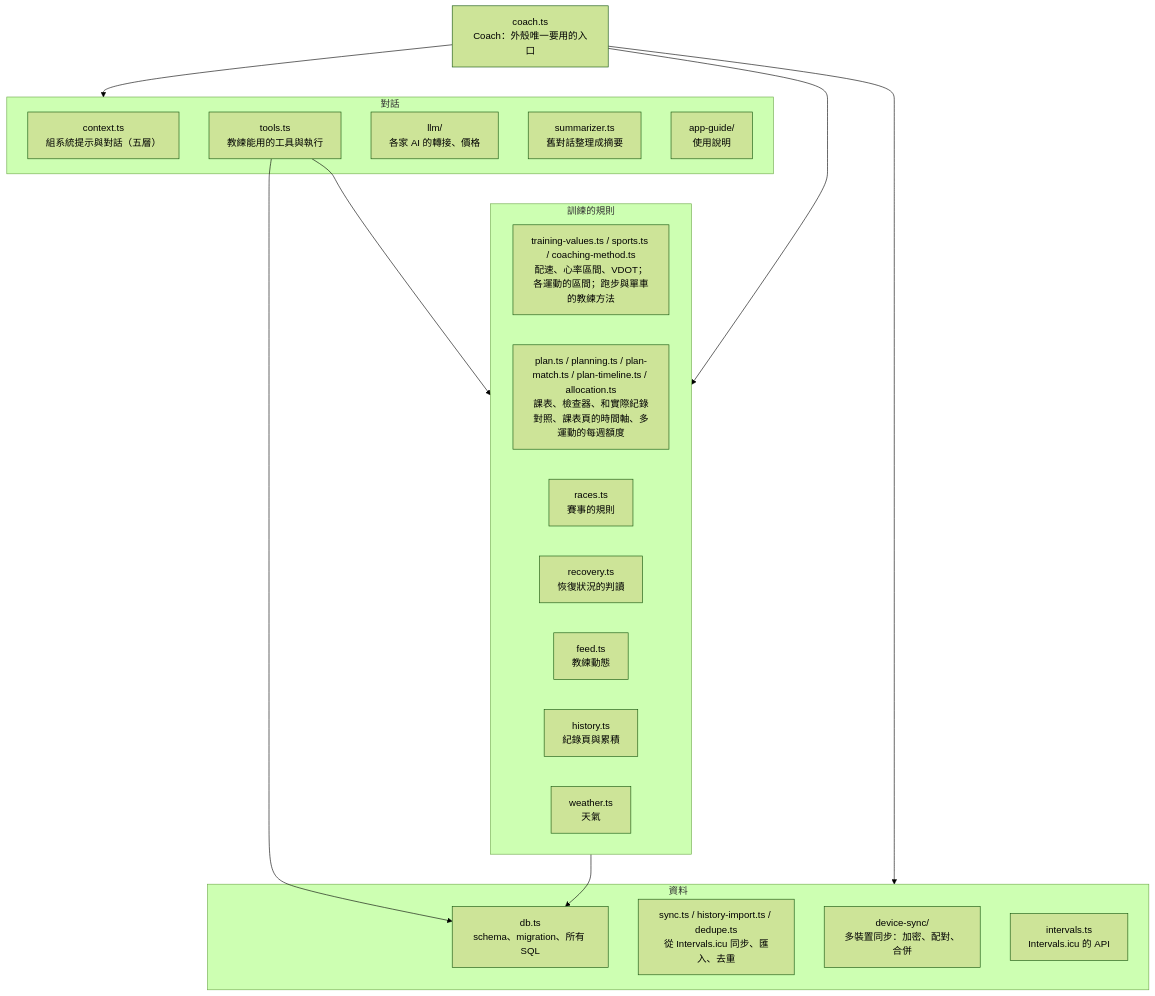
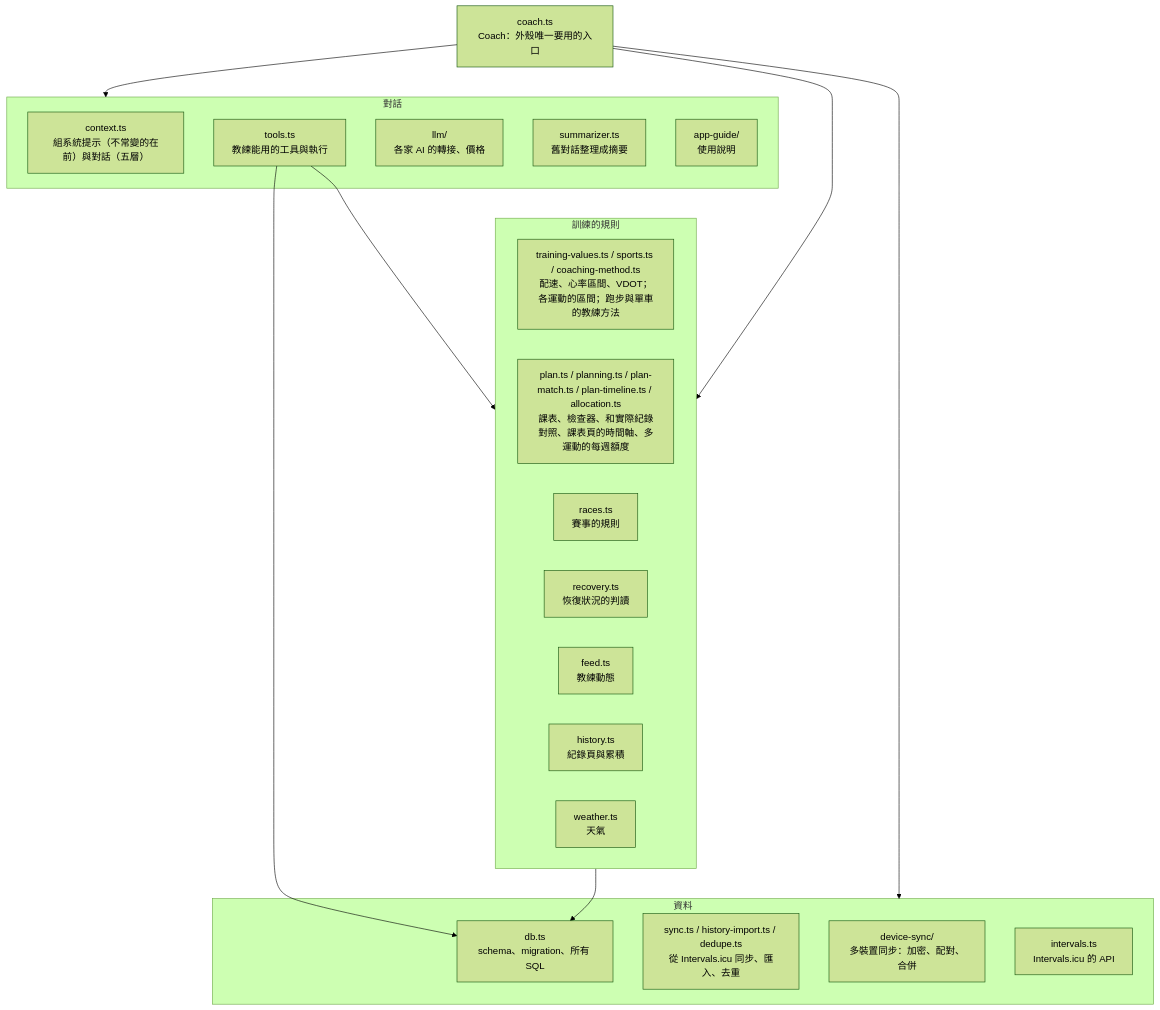
One commit to williampcs/RunningCoach changed the second of 5 diagrams in doc/architecture.md. Above: the diagram before and after it, drawn with Mermaid (forest theme). The commit also changed other lines of this file and 16 other files, not shown here.

````diff
--- a/doc/architecture.md
+++ b/doc/architecture.md
@@ -83,32 +83,32 @@
 ```mermaid
 flowchart TB
   coach["coach.ts<br/>Coach：外殼唯一要用的入口"]
   subgraph talk["對話"]
-    context["context.ts<br/>組系統提示與對話（五層）"]
+    context["context.ts<br/>組系統提示（不常變的在前）與對話（五層）"]
     tools["tools.ts<br/>教練能用的工具與執行"]
     llm["llm/<br/>各家 AI 的轉接、價格"]
     summarizer["summarizer.ts<br/>舊對話整理成摘要"]
     guide["app-guide/<br/>使用說明"]
   end
   subgraph domain["訓練的規則"]
     tv["training-values.ts / sports.ts / coaching-method.ts<br/>配速、心率區間、VDOT；各運動的區間；跑步與單車的教練方法"]
     plan["plan.ts / planning.ts / plan-match.ts / plan-timeline.ts / allocation.ts<br/>課表、檢查器、和實際紀錄對照、課表頁的時間軸、多運動的每週額度"]
     races["races.ts<br/>賽事的規則"]
     recovery["recovery.ts<br/>恢復狀況的判讀"]
     feed["feed.ts<br/>教練動態"]
     history["history.ts<br/>紀錄頁與累積"]
     weather["weather.ts<br/>天氣"]
   end
   subgraph data["資料"]
     db["db.ts<br/>schema、migration、所有 SQL"]
     sync["sync.ts / history-import.ts / dedupe.ts<br/>從 Intervals.icu 同步、匯入、去重"]
     ds["device-sync/<br/>多裝置同步：加密、配對、合併"]
     icu["intervals.ts<br/>Intervals.icu 的 API"]
   end
   coach --> talk
   coach --> domain
   coach --> data
   tools --> domain
   tools --> db
   domain --> db
 ```
````
